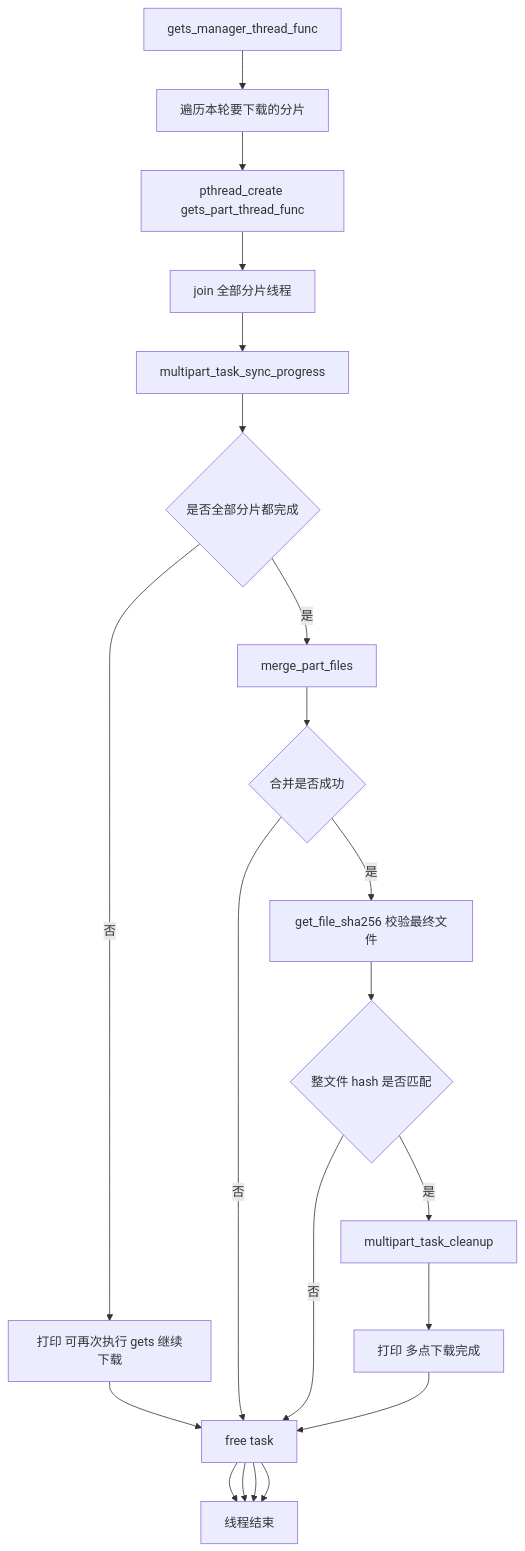
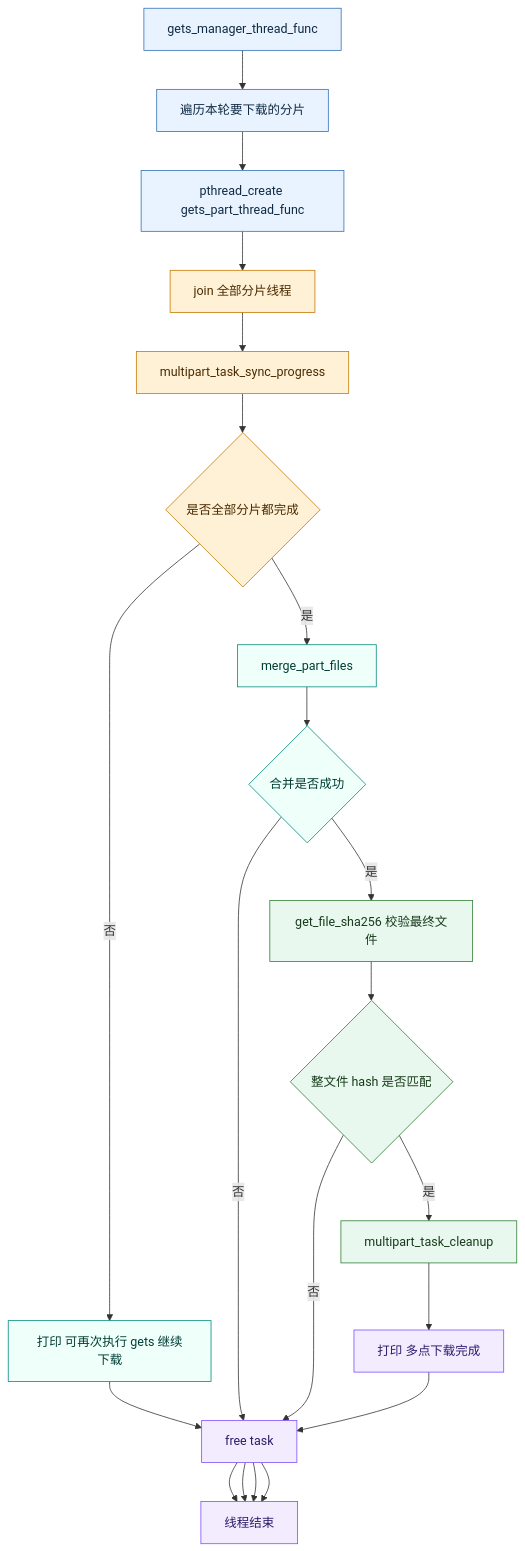
One commit to panlong-studio/WindCloud_V4 changed diagram 15 of 20 in docs/V5全流程活动图详解.md. Above: the diagram before and after it, drawn with Mermaid. The commit also changed other lines of this file and 5 other files, not shown here.

````diff
--- a/docs/V5全流程活动图详解.md
+++ b/docs/V5全流程活动图详解.md
@@ -807,26 +986,38 @@
 ```mermaid
 flowchart TD
     M0[gets_manager_thread_func]
     M1[遍历本轮要下载的分片]
     M2[pthread_create gets_part_thread_func]
     M3[join 全部分片线程]
     M4[multipart_task_sync_progress]
     M5{是否全部分片都完成}
     M6[打印 可再次执行 gets 继续下载]
     M7[merge_part_files]
     M8{合并是否成功}
     M9[get_file_sha256 校验最终文件]
     M10{整文件 hash 是否匹配}
     M11[multipart_task_cleanup]
     M12[打印 多点下载完成]
     M13[free task]
     M14[线程结束]
 
     M0 --> M1 --> M2 --> M3 --> M4 --> M5
     M5 -- 否 --> M6 --> M13 --> M14
     M5 -- 是 --> M7 --> M8
     M8 -- 否 --> M13 --> M14
     M8 -- 是 --> M9 --> M10
     M10 -- 否 --> M13 --> M14
     M10 -- 是 --> M11 --> M12 --> M13 --> M14
+    classDef phase1 fill:#E8F3FF,stroke:#2F6FB6,color:#102A43
+    classDef phase2 fill:#FFF1D6,stroke:#C77700,color:#4A2B00
+    classDef phase3 fill:#EFFFFA,stroke:#00897B,color:#003D35
+    classDef phase4 fill:#E9F8EF,stroke:#2E7D32,color:#173B1A
+    classDef phase5 fill:#F3ECFF,stroke:#7C4DFF,color:#2D1B69
+    classDef fail fill:#FFECEC,stroke:#C62828,color:#4A0D0D
+
+    class M0,M1,M2 phase1
+    class M3,M4,M5 phase2
+    class M6,M7,M8 phase3
+    class M9,M10,M11 phase4
+    class M12,M13,M14 phase5
 ```
````
